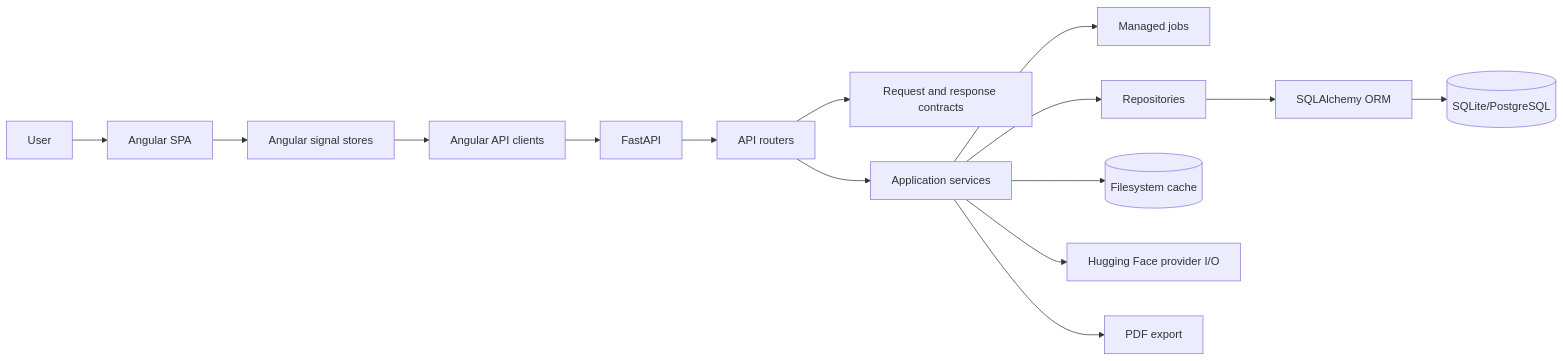
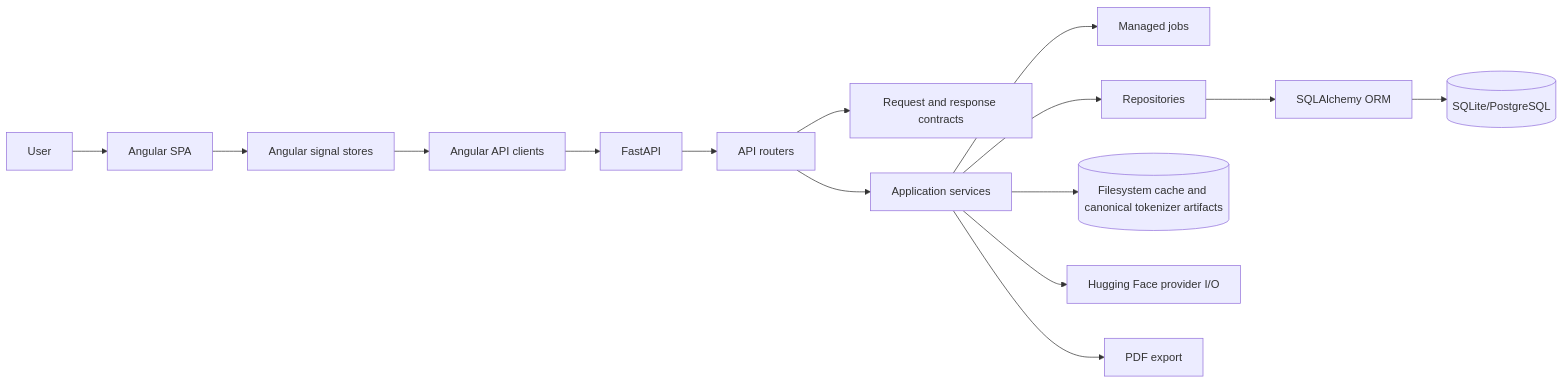
One commit to CTCycle/TKBEN-tokenizers-benchmarker changed the diagram in assets/docs/architecture/system_overview.md. Above: the diagram before and after it, drawn with Mermaid. The commit also changed other lines of this file and 20 other files, not shown here.

````diff
--- a/assets/docs/architecture/system_overview.md
+++ b/assets/docs/architecture/system_overview.md
@@ -89,17 +98,17 @@
 ```mermaid
 flowchart LR
     User[User] --> SPA[Angular SPA]
     SPA --> Stores[Angular signal stores]
     Stores --> Clients[Angular API clients]
     Clients --> FastAPI[FastAPI]
     FastAPI --> Routers[API routers]
     Routers --> Contracts[Request and response contracts]
     Routers --> Services[Application services]
     Services --> Jobs[Managed jobs]
     Services --> Repositories[Repositories]
     Repositories --> ORM[SQLAlchemy ORM]
     ORM --> Relational[(SQLite/PostgreSQL)]
-    Services --> Cache[(Filesystem cache)]
+    Services --> Cache[(Filesystem cache and canonical tokenizer artifacts)]
     Services --> HF[Hugging Face provider I/O]
     Services --> PDF[PDF export]
 ```
````
